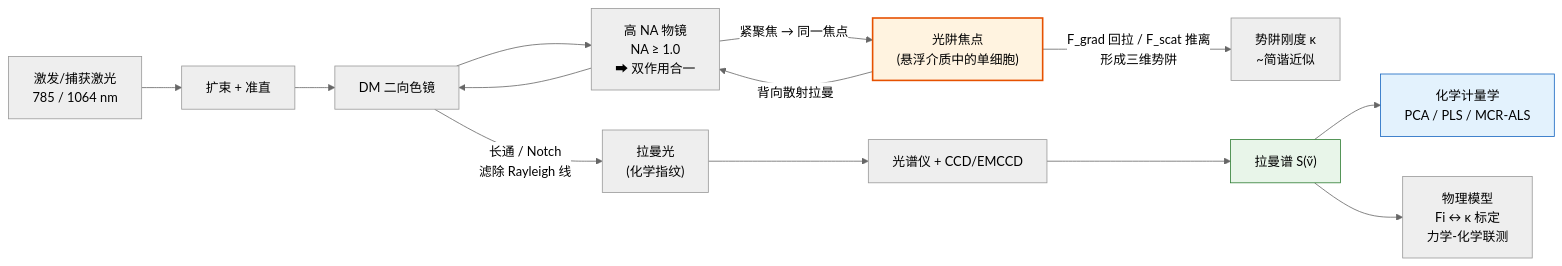
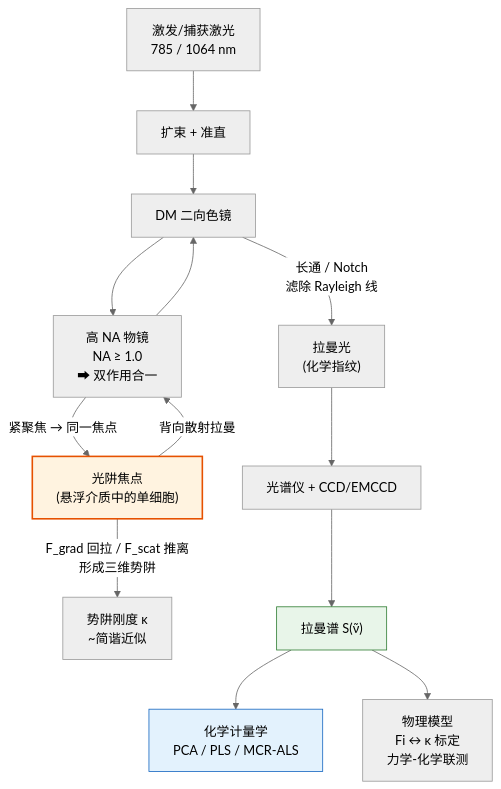
The diagram in skills/tech-brief-writer/LTRS/技术简报.md (roxszi/skills), drawn with Mermaid (neutral theme) before and after one commit. The commit also changed other lines of this file and 8 other files, not shown here.

````diff
--- a/skills/tech-brief-writer/LTRS/技术简报.md
+++ b/skills/tech-brief-writer/LTRS/技术简报.md
@@ -126,22 +127,22 @@
 ```mermaid
-flowchart LR
+flowchart TD
     L["激发/捕获激光<br/>785 / 1064 nm"] --> BE["扩束 + 准直"]
     BE --> DM["DM 二向色镜"]
     DM --> OBJ["高 NA 物镜<br/>NA ≥ 1.0<br/>⮕ 双作用合一"]
 
     OBJ -->|紧聚焦 → 同一焦点| FOC["光阱焦点<br/>(悬浮介质中的单细胞)"]
     FOC -->|"F_grad 回拉 / F_scat 推离<br/>形成三维势阱"| TRAPK["势阱刚度 κ<br/>~简谐近似"]
 
     FOC -->|背向散射拉曼| OBJ
     OBJ --> DM
     DM -->|"长通 / Notch<br/>滤除 Rayleigh 线"| NF["拉曼光<br/>(化学指纹)"]
     NF --> SP["光谱仪 + CCD/EMCCD"]
     SP --> SPEC["拉曼谱 S(ν̃)"]
 
     SPEC --> CHEMO["化学计量学<br/>PCA / PLS / MCR-ALS"]
     SPEC --> PHYS["物理模型<br/>Fi ↔ κ 标定<br/>力学-化学联测"]
 
     style FOC fill:#FFF3E0,stroke:#E65100,stroke-width:2px
     style SPEC fill:#E8F5E9,stroke:#2E7D32
     style CHEMO fill:#E3F2FD,stroke:#1565C0
 ```
````
